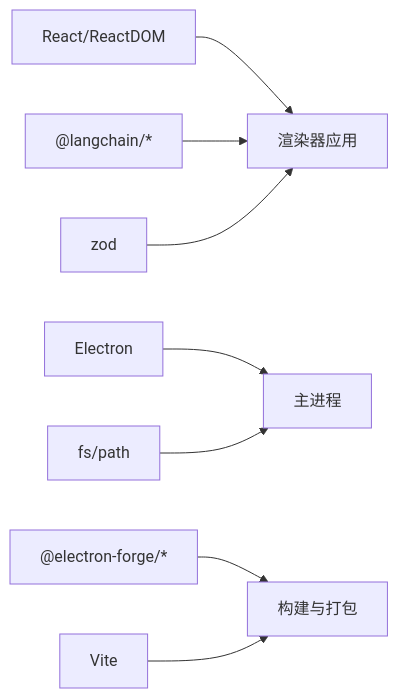
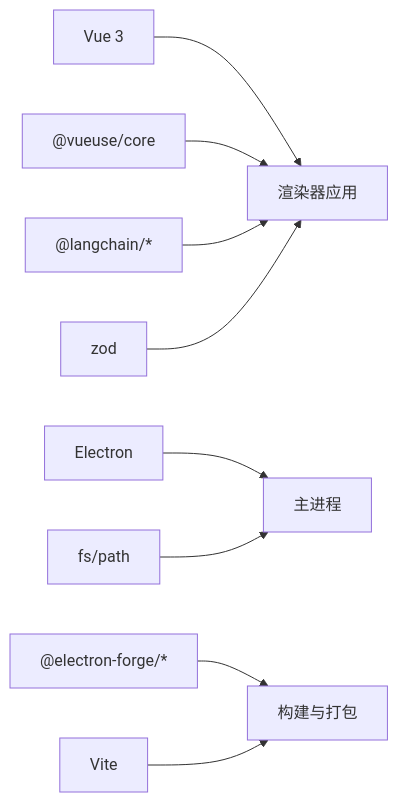
The ninth of 9 diagrams in .qoder/repowiki/zh/content/系统架构/渲染器进程架构.md (hallllla/QAQ-Agent), drawn with Mermaid before and after one commit. The commit also changed other lines of this file and 23 other files, not shown here.

````diff
--- a/.qoder/repowiki/zh/content/系统架构/渲染器进程架构.md
+++ b/.qoder/repowiki/zh/content/系统架构/渲染器进程架构.md
@@ -317,10 +342,11 @@
 ```mermaid
 graph LR
-React["React/ReactDOM"] --> Renderer["渲染器应用"]
+Vue["Vue 3"] --> Renderer["渲染器应用"]
+VueUse["@vueuse/core"] --> Renderer
 LangChain["@langchain/*"] --> Renderer
 Zod["zod"] --> Renderer
 Electron["Electron"] --> MainProc["主进程"]
 NodeFS["fs/path"] --> MainProc
 Forge["@electron-forge/*"] --> Build["构建与打包"]
 Vite["Vite"] --> Build
 ```
````
